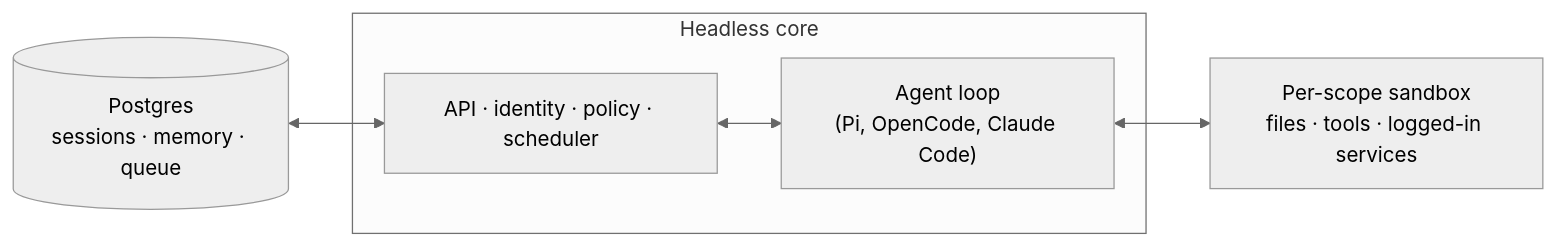
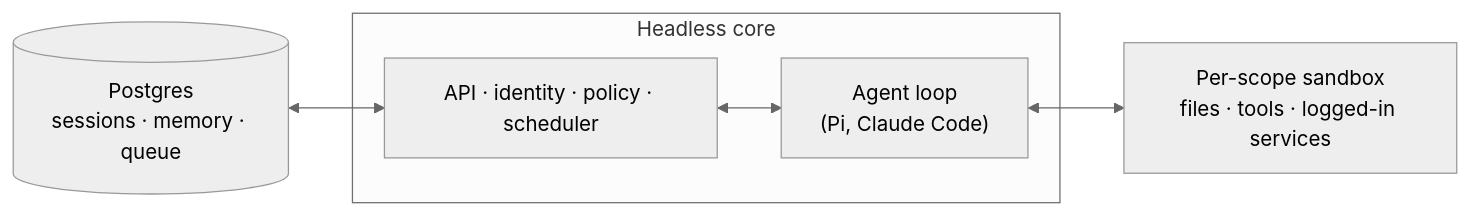
One commit to yc-software/qm changed the diagram in README.md. Above: the diagram before and after it, drawn with Mermaid (neutral theme). The commit also changed other lines of this file and 100 other files, not shown here.

Commit message:
Remove Codex and OpenCode harnesses

````diff
--- a/README.md
+++ b/README.md
@@ -64,15 +64,15 @@
 ```mermaid
 flowchart LR
   DB[("Postgres<br/>sessions · memory · queue")]
 
   subgraph CORE["Headless core"]
     API["API · identity · policy · scheduler"]
-    LOOP["Agent loop<br/>(Pi, OpenCode, Claude Code)"]
+    LOOP["Agent loop<br/>(Pi, Claude Code)"]
     API <--> LOOP
   end
 
   SBX["Per-scope sandbox<br/>files · tools · logged-in services"]
 
   DB <--> API
   LOOP <--> SBX
 ```
````
